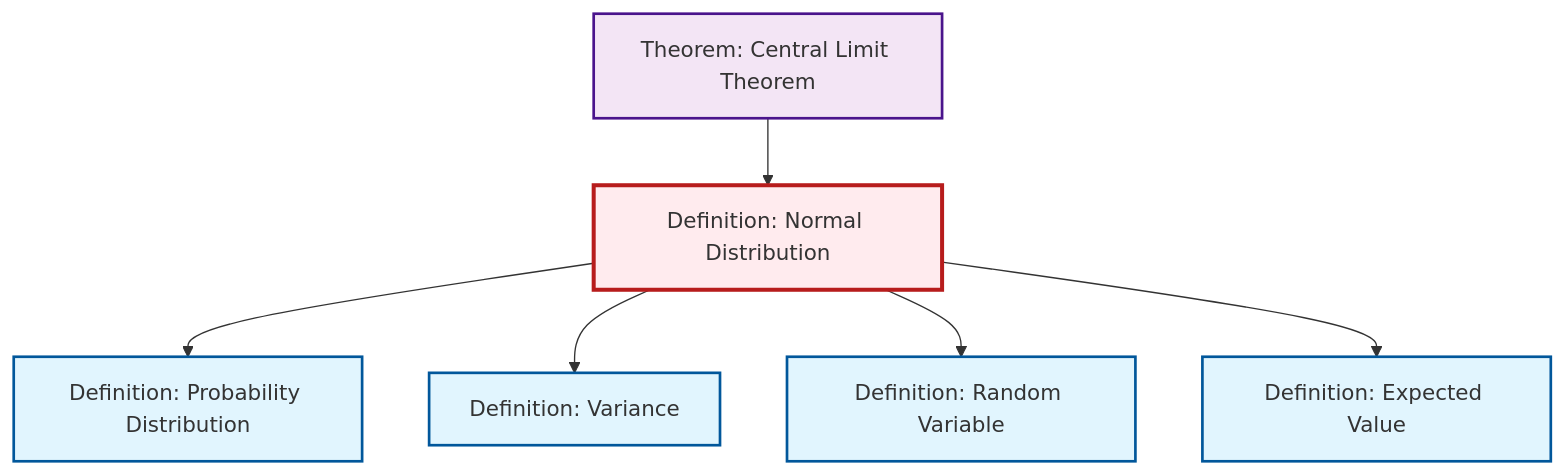
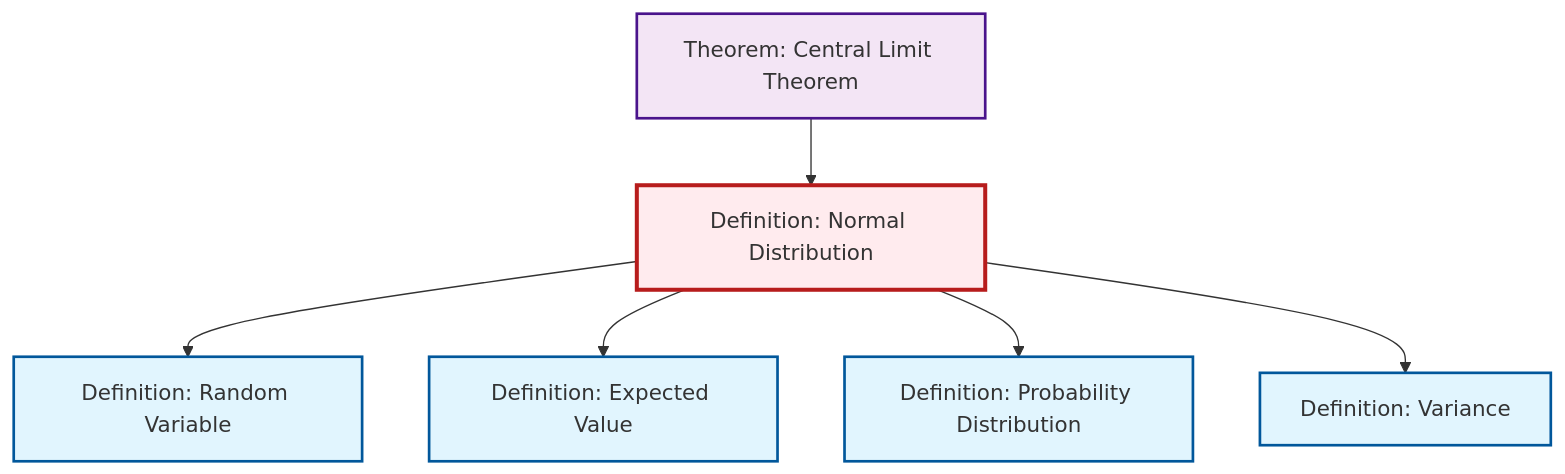
One commit to RK0429/ModernMath changed the diagram in content/en/probability-statistics/def-normal-distribution.qmd. Above: the diagram before and after it, drawn with Mermaid. The commit also changed other lines of this file and 672 other files, not shown here.

````diff
--- a/content/en/probability-statistics/def-normal-distribution.qmd
+++ b/content/en/probability-statistics/def-normal-distribution.qmd
@@ -129,26 +129,26 @@
 ```{mermaid}
 %%| fig-cap: "Local dependency graph"
 graph TD
     classDef definition fill:#e1f5fe,stroke:#01579b,stroke-width:2px
     classDef theorem fill:#f3e5f5,stroke:#4a148c,stroke-width:2px
     classDef axiom fill:#fff3e0,stroke:#e65100,stroke-width:2px
     classDef example fill:#e8f5e9,stroke:#1b5e20,stroke-width:2px
     classDef current fill:#ffebee,stroke:#b71c1c,stroke-width:3px
+    def-normal-distribution["Definition: Normal Distribution"]:::definition
+    def-expectation["Definition: Expected Value"]:::definition
     def-probability-distribution["Definition: Probability Distribution"]:::definition
-    def-expectation["Definition: Expected Value"]:::definition
-    def-random-variable["Definition: Random Variable"]:::definition
-    def-normal-distribution["Definition: Normal Distribution"]:::definition
     thm-central-limit["Theorem: Central Limit Theorem"]:::theorem
     def-variance["Definition: Variance"]:::definition
-    def-normal-distribution --> def-probability-distribution
-    def-normal-distribution --> def-variance
+    def-random-variable["Definition: Random Variable"]:::definition
     def-normal-distribution --> def-random-variable
     def-normal-distribution --> def-expectation
     thm-central-limit --> def-normal-distribution
+    def-normal-distribution --> def-probability-distribution
+    def-normal-distribution --> def-variance
     class def-normal-distribution current
+    click def-expectation "def-expectation.html" "Go to Expected Value definition"
     click def-probability-distribution "def-probability-distribution.html" "Go to Probability Distribution definition"
-    click def-expectation "def-expectation.html" "Go to Expected Value definition"
-    click def-random-variable "def-random-variable.html" "Go to Random Variable definition"
     click thm-central-limit "thm-central-limit.html" "Go to Central Limit Theorem theorem"
     click def-variance "def-variance.html" "Go to Variance definition"
+    click def-random-variable "def-random-variable.html" "Go to Random Variable definition"
 ```
````
